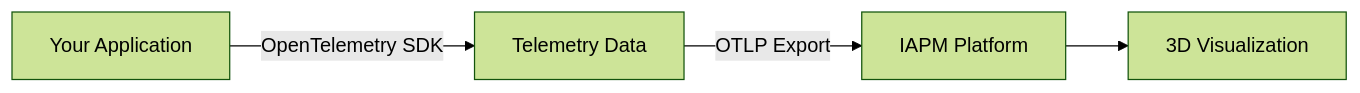
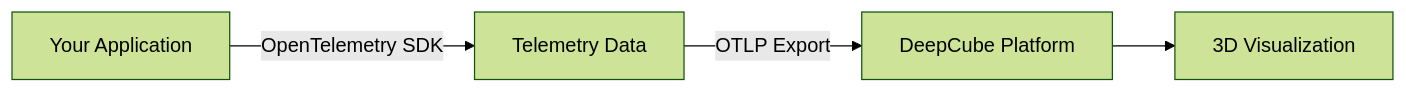
Before and after one commit to ImmersiveFusion/deepcube-docs: the diagram in docs/Getting-Started/Custom-application/index.md, drawn with Mermaid (forest theme). The commit also changed other lines of this file and 99 other files, not shown here.

First line of the commit message:
docs(rename): IAPM to DeepCube, prose track only (SP-074 stream A)

````diff
--- a/docs/Getting-Started/Custom-application/index.md
+++ b/docs/Getting-Started/Custom-application/index.md
@@ -15,6 +15,6 @@
 ```mermaid
 graph LR
     A[Your Application] -->|OpenTelemetry SDK| B[Telemetry Data]
-    B -->|OTLP Export| C[IAPM Platform]
+    B -->|OTLP Export| C[DeepCube Platform]
     C --> D[3D Visualization]
 ```
````
